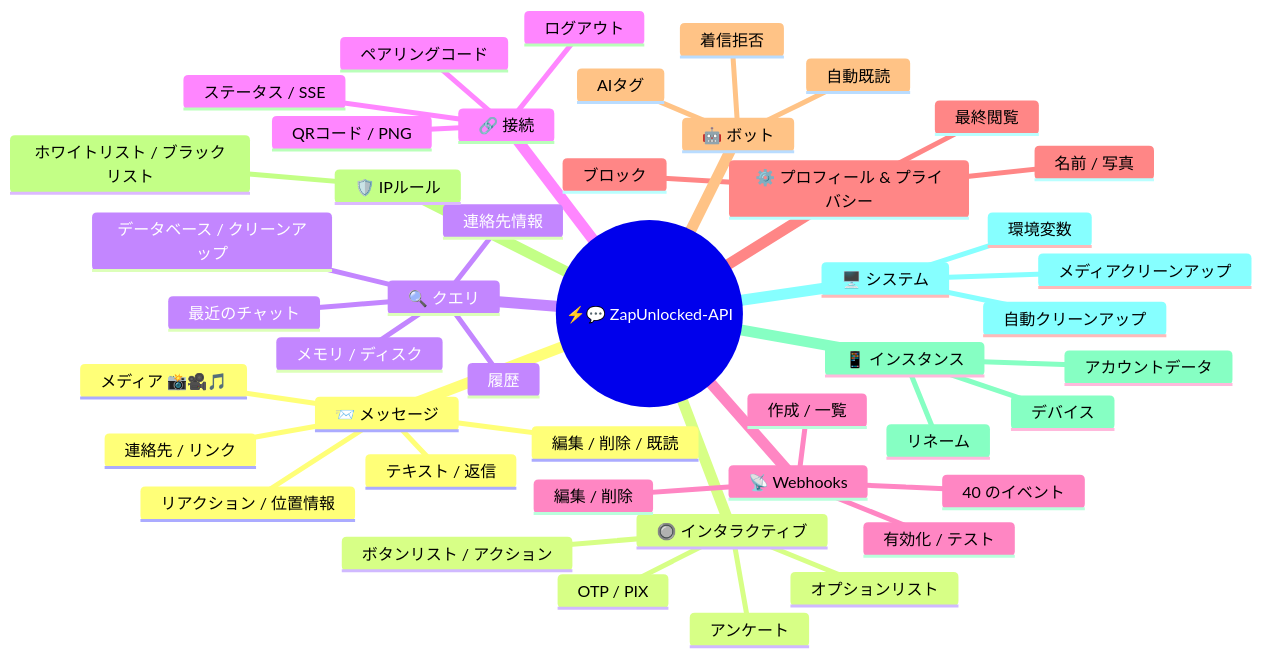
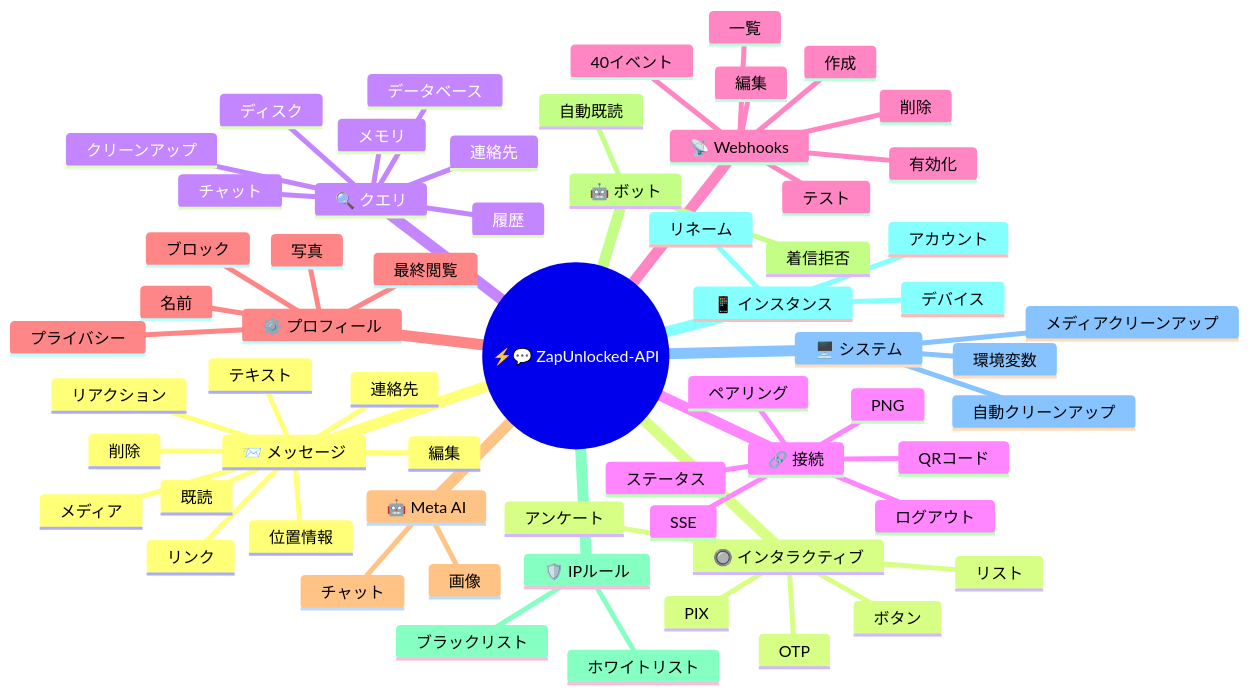
One commit to kauafpssx/ZapUnlocked-API changed the first of 2 diagrams in docs/translations/ja.md. Above: the diagram before and after it, drawn with Mermaid. The commit also changed other lines of this file and 12 other files, not shown here.

````diff
--- a/docs/translations/ja.md
+++ b/docs/translations/ja.md
@@ -55,49 +56,75 @@
 ```mermaid
 mindmap
   root((⚡💬 ZapUnlocked-API))
     📨 メッセージ
-      テキスト / 返信
-      メディア 📸🎥🎵
-      リアクション / 位置情報
-      連絡先 / リンク
-      編集 / 削除 / 既読
+      テキスト
+      メディア
+      リアクション
+      位置情報
+      連絡先
+      リンク
+      編集
+      削除
+      既読
+
     🔘 インタラクティブ
-      ボタンリスト / アクション
-      OTP / PIX
-      オプションリスト
+      ボタン
+      リスト
+      OTP
+      PIX
       アンケート
+
     🔍 クエリ
-      連絡先情報
+      連絡先
       履歴
-      最近のチャット
-      メモリ / ディスク
-      データベース / クリーンアップ
+      チャット
+      メモリ
+      ディスク
+      データベース
+      クリーンアップ
+
     🔗 接続
-      ステータス / SSE
-      QRコード / PNG
-      ペアリングコード
+      ステータス
+      SSE
+      QRコード
+      PNG
+      ペアリング
       ログアウト
+
     📡 Webhooks
-       作成 / 一覧
-       編集 / 削除
-       有効化 / テスト
-       40 のイベント
-    ⚙️ プロフィール & プライバシー
-      名前 / 写真
+      作成
+      一覧
+      編集
+      削除
+      有効化
+      テスト
+      40イベント
+
+    ⚙️ プロフィール
+      名前
+      写真
+      プライバシー
       最終閲覧
       ブロック
+
+    🤖 Meta AI
+      チャット
+      画像
     🤖 ボット
-      AIタグ
+      自動既読
       着信拒否
-      自動既読
+
     🛡️ IPルール
-      ホワイトリスト / ブラックリスト
+      ホワイトリスト
+      ブラックリスト
+
     📱 インスタンス
-      アカウントデータ
+      アカウント
       デバイス
       リネーム
+
     🖥️ システム
       環境変数
       メディアクリーンアップ
       自動クリーンアップ
 ```
````
